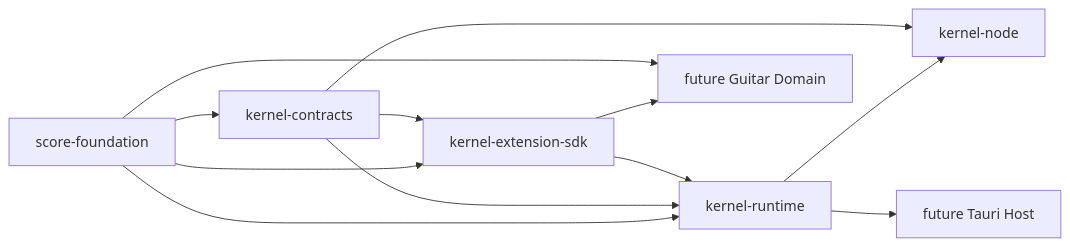
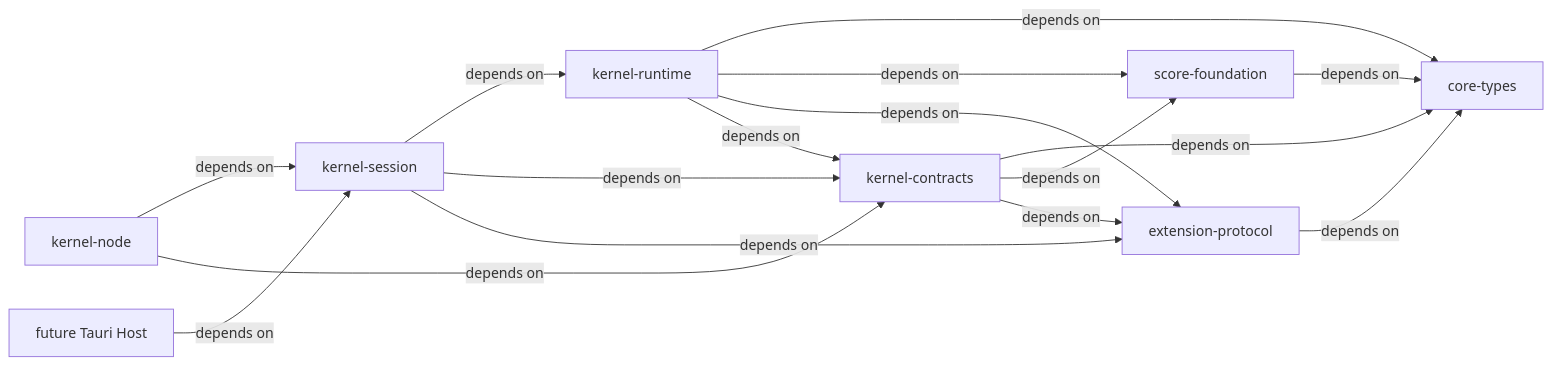
One commit to FFFAKKK/Brilliant-Guitar changed the second of 6 diagrams in .trellis/tasks/08-16-brilliant-guitar-architecture-reset-v2/design.md. Above: the diagram before and after it, drawn with Mermaid. The commit also changed other lines of this file and 10 other files, not shown here.

Commit message:
docs(architecture): repair plugin runtime semantics

````diff
--- a/.trellis/tasks/08-16-brilliant-guitar-architecture-reset-v2/design.md
+++ b/.trellis/tasks/08-16-brilliant-guitar-architecture-reset-v2/design.md
@@ -182,22 +201,27 @@
 ```mermaid
 flowchart LR
+    Types["core-types"]
     Score["score-foundation"]
+    Extension["extension-protocol"]
     Contracts["kernel-contracts"]
-    SDK["kernel-extension-sdk"]
     Runtime["kernel-runtime"]
+    Session["kernel-session"]
     Node["kernel-node"]
     Tauri["future Tauri Host"]
-    Guitar["future Guitar Domain"]
 
-    Score --> Contracts
-    Score --> SDK
-    Contracts --> SDK
-    Score --> Runtime
-    Contracts --> Runtime
-    SDK --> Runtime
-    Runtime --> Node
-    Contracts --> Node
-    Runtime --> Tauri
-    SDK --> Guitar
-    Score --> Guitar
+    Score -->|depends on| Types
+    Extension -->|depends on| Types
+    Contracts -->|depends on| Types
+    Contracts -->|depends on| Score
+    Contracts -->|depends on| Extension
+    Runtime -->|depends on| Types
+    Runtime -->|depends on| Score
+    Runtime -->|depends on| Extension
+    Runtime -->|depends on| Contracts
+    Session -->|depends on| Runtime
+    Session -->|depends on| Contracts
+    Session -->|depends on| Extension
+    Node -->|depends on| Session
+    Node -->|depends on| Contracts
+    Tauri -->|depends on| Session
 ```
````
